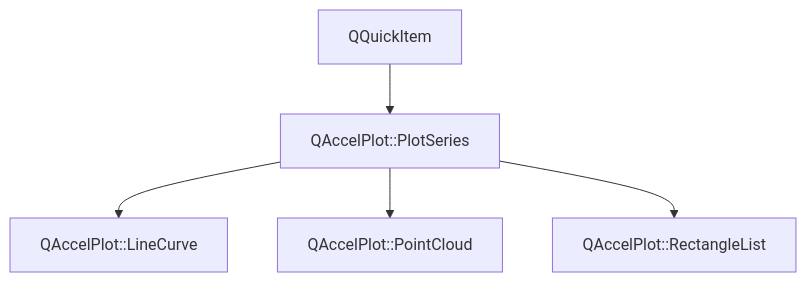
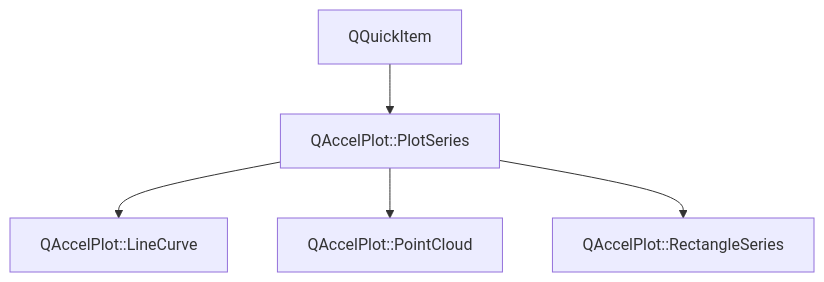
One commit to michalgrabarczyk/QAccelPlot changed the diagram in main/assets/.doxy/QAccelPlot/api/classQAccelPlot_1_1PlotSeries.md. Above: the diagram before and after it, drawn with Mermaid. The commit also changed other lines of this file and 61 other files, not shown here.

````diff
--- a/main/assets/.doxy/QAccelPlot/api/classQAccelPlot_1_1PlotSeries.md
+++ b/main/assets/.doxy/QAccelPlot/api/classQAccelPlot_1_1PlotSeries.md
@@ -32,20 +32,20 @@
 ```mermaid
 flowchart TB
   classQAccelPlot_1_1PlotSeries["QAccelPlot::PlotSeries"]
 
   external_base_classQAccelPlot_1_1PlotSeries_1["QQuickItem"]
   external_base_classQAccelPlot_1_1PlotSeries_1 --> classQAccelPlot_1_1PlotSeries
 
   classQAccelPlot_1_1LineCurve["QAccelPlot::LineCurve"]
   classQAccelPlot_1_1PlotSeries --> classQAccelPlot_1_1LineCurve
   click classQAccelPlot_1_1LineCurve "../classQAccelPlot_1_1LineCurve/" "Open QAccelPlot::LineCurve"
 
   classQAccelPlot_1_1PointCloud["QAccelPlot::PointCloud"]
   classQAccelPlot_1_1PlotSeries --> classQAccelPlot_1_1PointCloud
   click classQAccelPlot_1_1PointCloud "../classQAccelPlot_1_1PointCloud/" "Open QAccelPlot::PointCloud"
 
-  classQAccelPlot_1_1RectangleList["QAccelPlot::RectangleList"]
-  classQAccelPlot_1_1PlotSeries --> classQAccelPlot_1_1RectangleList
-  click classQAccelPlot_1_1RectangleList "../classQAccelPlot_1_1RectangleList/" "Open QAccelPlot::RectangleList"
+  classQAccelPlot_1_1RectangleSeries["QAccelPlot::RectangleSeries"]
+  classQAccelPlot_1_1PlotSeries --> classQAccelPlot_1_1RectangleSeries
+  click classQAccelPlot_1_1RectangleSeries "../classQAccelPlot_1_1RectangleSeries/" "Open QAccelPlot::RectangleSeries"
 
 ```
````
